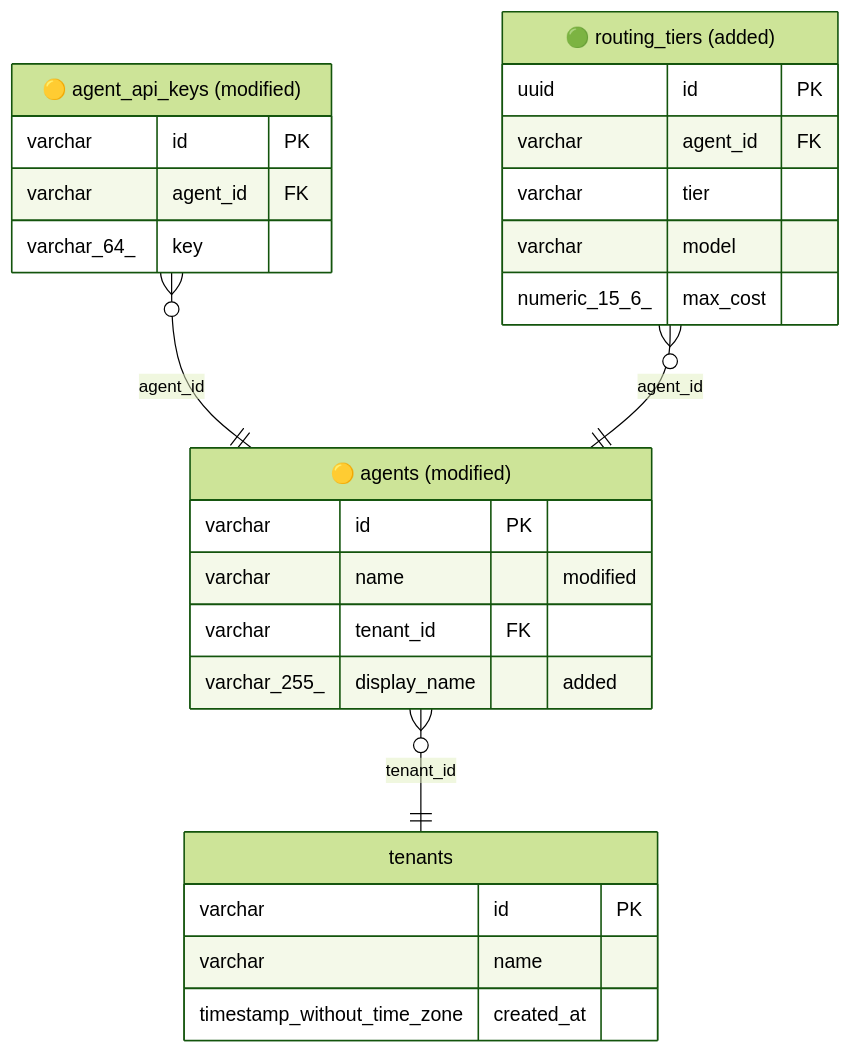
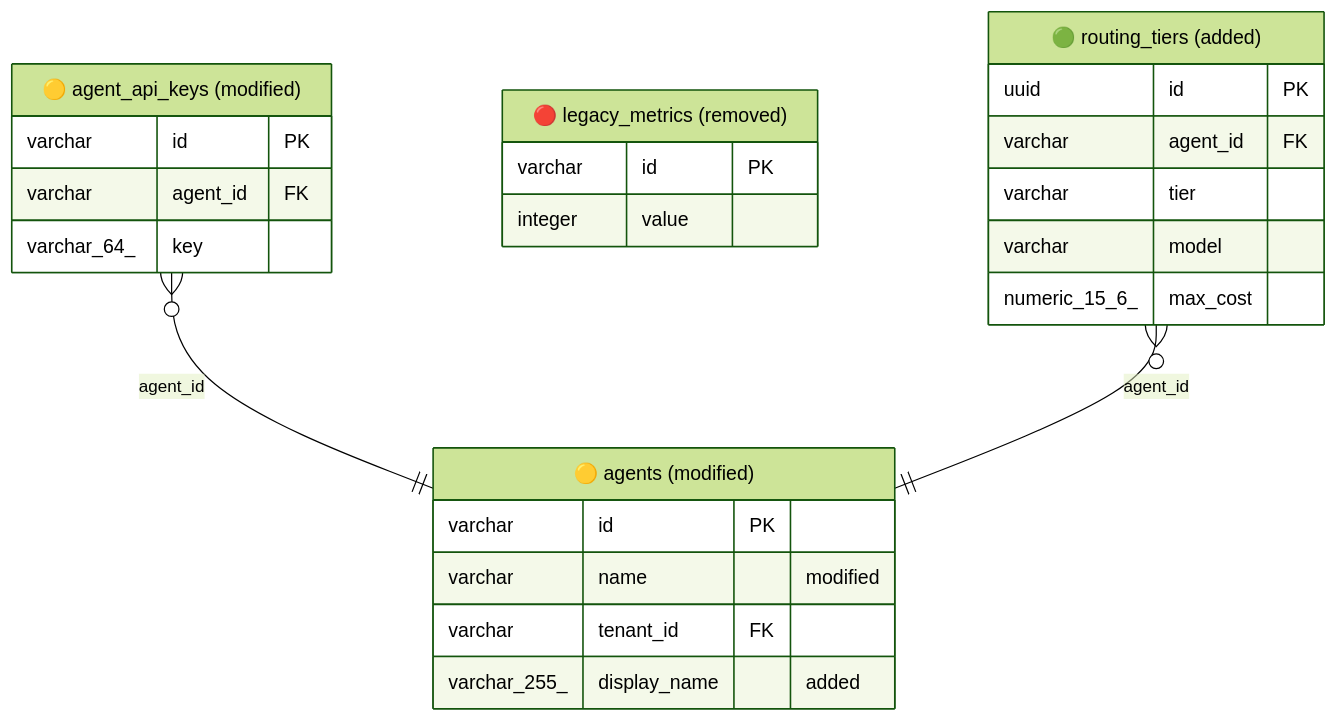
One commit to Francespo/manifest changed the diagram in .github/scripts/db-diagram/__fixtures__/expected-comment.md. Above: the diagram before and after it, drawn with Mermaid (forest theme). The commit also changed other lines of this file and 4 other files, not shown here.

Commit message:
feat: show only changed tables in db-diagram comment

````diff
--- a/.github/scripts/db-diagram/__fixtures__/expected-comment.md
+++ b/.github/scripts/db-diagram/__fixtures__/expected-comment.md
@@ -18,29 +18,27 @@
 ```mermaid
 erDiagram
     agent_api_keys["🟡 agent_api_keys (modified)"] {
         varchar id PK
         varchar agent_id FK
         varchar_64_ key
     }
     agents["🟡 agents (modified)"] {
         varchar id PK
         varchar name "modified"
         varchar tenant_id FK
         varchar_255_ display_name "added"
     }
+    legacy_metrics["🔴 legacy_metrics (removed)"] {
+        varchar id PK
+        integer value
+    }
     routing_tiers["🟢 routing_tiers (added)"] {
         uuid id PK
         varchar agent_id FK
         varchar tier
         varchar model
         numeric_15_6_ max_cost
     }
-    tenants {
-        varchar id PK
-        varchar name
-        timestamp_without_time_zone created_at
-    }
     agent_api_keys }o--|| agents : "agent_id"
-    agents }o--|| tenants : "tenant_id"
     routing_tiers }o--|| agents : "agent_id"
 ```
````
